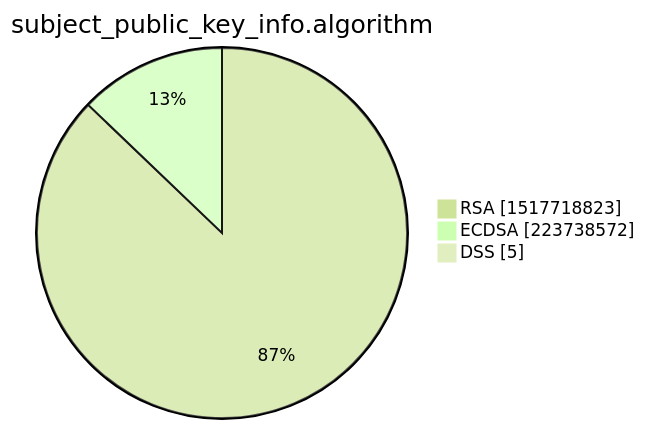
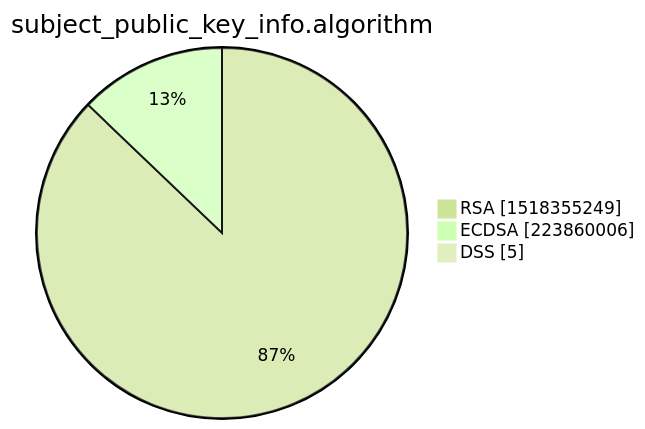
The third of 15 diagrams in xenon2022/README.md (christiankrug/ctmonitor_visualization), drawn with Mermaid (forest theme) before and after one commit. The commit also changed other lines of this file, not shown here.

````diff
--- a/xenon2022/README.md
+++ b/xenon2022/README.md
@@ -14,7 +14,7 @@
 ```mermaid
 pie showData
 title subject_public_key_info.algorithm
-"RSA" :1517718823
-"ECDSA" :223738572
+"RSA" :1518355249
+"ECDSA" :223860006
 "DSS" :5
 ```
````
